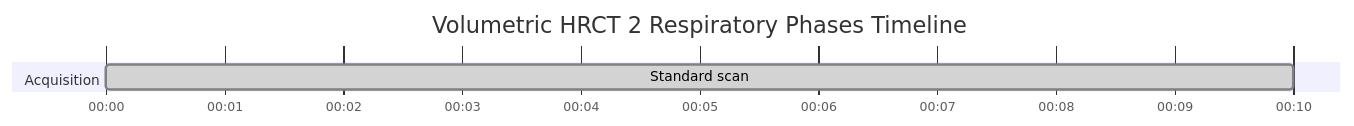
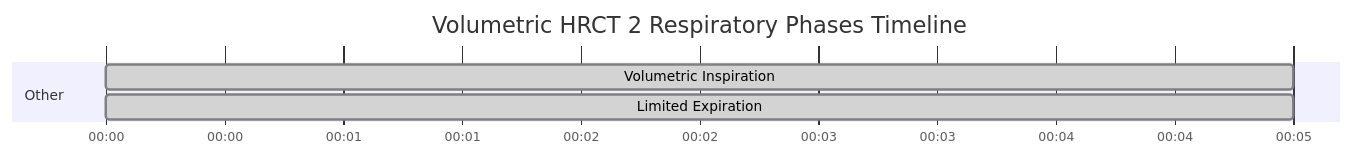
One commit to dfergs93/radiology-protocols changed the diagram in docs/ct/chest/volumetric-hrct-2-respiratory-phases.md. Above: the diagram before and after it, drawn with Mermaid. The commit also changed 101 other files, not shown here.

````diff
--- a/docs/ct/chest/volumetric-hrct-2-respiratory-phases.md
+++ b/docs/ct/chest/volumetric-hrct-2-respiratory-phases.md
@@ -70,13 +70,16 @@
   ```mermaid
   ---
+  displayMode: compact
   config:
     theme: default
+    themeCSS: " #Saline{ fill: #4ed5ff; stroke: #2094f3; } "
   ---
     gantt
       title Volumetric HRCT 2 Respiratory Phases Timeline
       dateFormat mm:ss
       axisFormat %M:%S 
       
-      section Acquisition
-      Standard scan    :done, scan1, 00:00, 10s
+      section Other
+      Volumetric Inspiration    :done, scan1, 00:00, 5s
+      Limited Expiration    :done, scan2, 00:00, 5s
   ```
````
